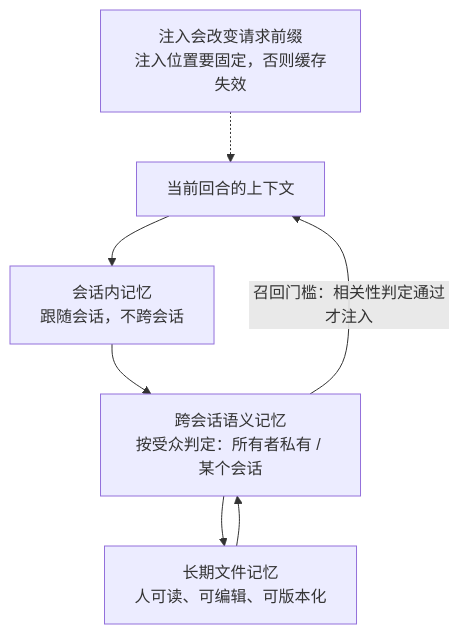
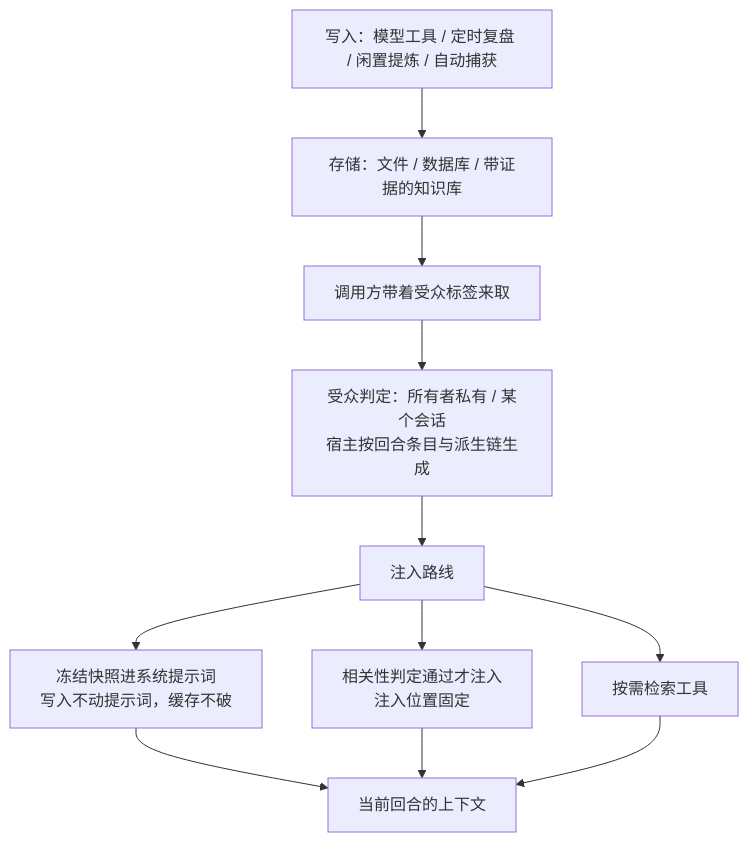
One commit to zachysun/awesome-agents-notes changed the ninth of 10 diagrams in notes/harness-design.md. Above: the diagram before and after it, drawn with Mermaid. The commit also changed other lines of this file, not shown here.

````diff
--- a/notes/harness-design.md
+++ b/notes/harness-design.md
@@ -599,9 +606,13 @@
 ```mermaid
 flowchart TD
-    TURN["当前回合的上下文"] --> SCOPE1["会话内记忆<br/>跟随会话，不跨会话"]
-    SCOPE1 --> SCOPE2["跨会话语义记忆<br/>按受众判定：所有者私有 / 某个会话"]
-    SCOPE2 --> SCOPE3["长期文件记忆<br/>人可读、可编辑、可版本化"]
-    SCOPE2 -->|"召回门槛：相关性判定通过才注入"| TURN
-    SCOPE3 --> SCOPE2
-    NOTE["注入会改变请求前缀<br/>注入位置要固定，否则缓存失效"] -.-> TURN
+    WRITE["写入：模型工具 / 定时复盘 / 闲置提炼 / 自动捕获"] --> STORE["存储：文件 / 数据库 / 带证据的知识库"]
+    STORE --> CALL["调用方带着受众标签来取"]
+    CALL --> AUD["受众判定：所有者私有 / 某个会话<br/>宿主按回合条目与派生链生成"]
+    AUD --> INJ["注入路线"]
+    INJ --> SNAP["冻结快照进系统提示词<br/>写入不动提示词，缓存不破"]
+    INJ --> RETR["相关性判定通过才注入<br/>注入位置固定"]
+    INJ --> TOOL["按需检索工具"]
+    SNAP --> TURN["当前回合的上下文"]
+    RETR --> TURN
+    TOOL --> TURN
 ```
````
